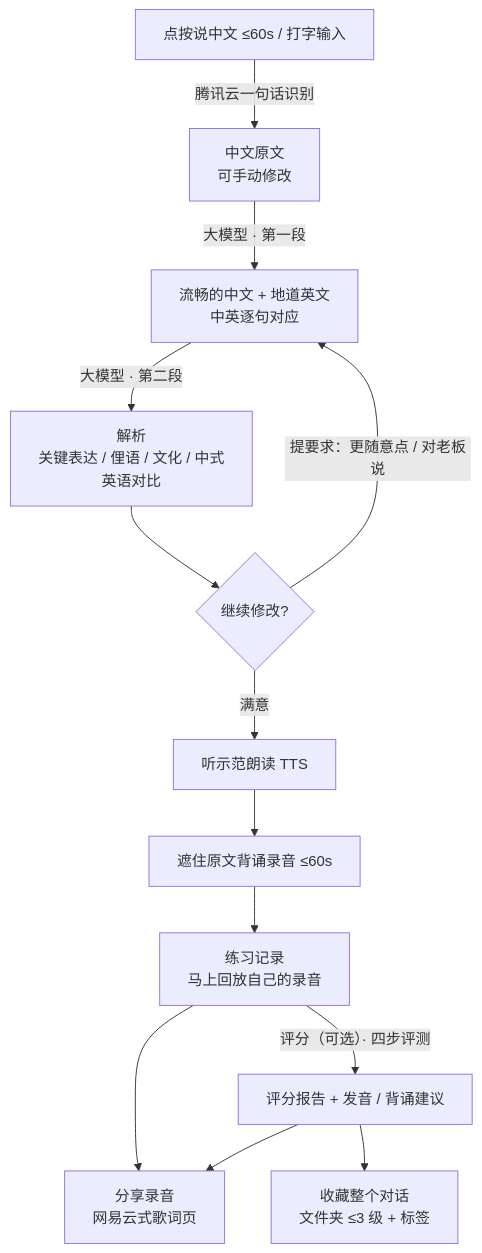
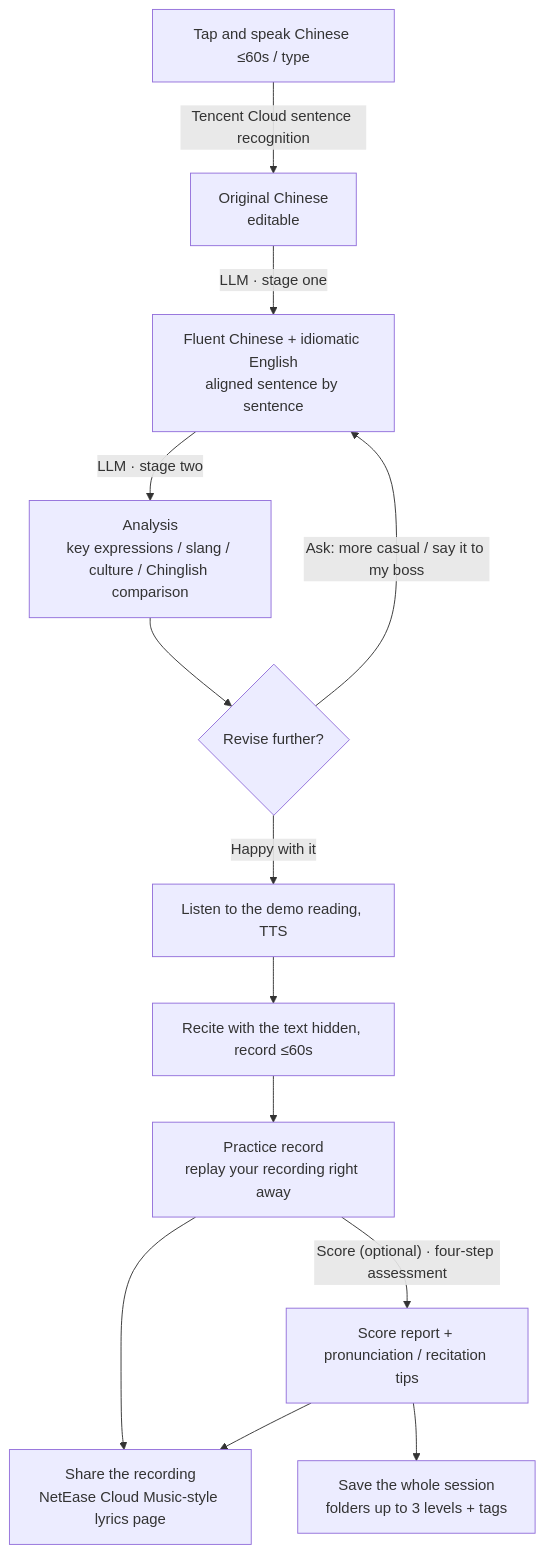
The first of 2 diagrams in README.md (frankie137/solvane), drawn with Mermaid before and after one commit. The commit also changed other lines of this file and 12 other files, not shown here.

Commit message:
docs(m7): English README, CLAUDE.md and review process; condense stage docs into CHANGELOG

````diff
--- a/README.md
+++ b/README.md
@@ -32,15 +35,15 @@
 ```mermaid
 flowchart TD
-    A[点按说中文 ≤60s / 打字输入] -->|腾讯云一句话识别| B[中文原文<br/>可手动修改]
-    B -->|大模型 · 第一段| C[流畅的中文 + 地道英文<br/>中英逐句对应]
-    C -->|大模型 · 第二段| D[解析<br/>关键表达 / 俚语 / 文化 / 中式英语对比]
-    D --> E{继续修改?}
-    E -->|"提要求：更随意点 / 对老板说"| C
-    E -->|满意| F[听示范朗读 TTS]
-    F --> G[遮住原文背诵录音 ≤60s]
-    G --> R[练习记录<br/>马上回放自己的录音]
-    R -->|"评分（可选）· 四步评测"| H[评分报告 + 发音 / 背诵建议]
-    R --> J[分享录音<br/>网易云式歌词页]
+    A[Tap and speak Chinese ≤60s / type] -->|Tencent Cloud sentence recognition| B[Original Chinese<br/>editable]
+    B -->|LLM · stage one| C[Fluent Chinese + idiomatic English<br/>aligned sentence by sentence]
+    C -->|LLM · stage two| D[Analysis<br/>key expressions / slang / culture / Chinglish comparison]
+    D --> E{Revise further?}
+    E -->|"Ask: more casual / say it to my boss"| C
+    E -->|Happy with it| F[Listen to the demo reading, TTS]
+    F --> G[Recite with the text hidden, record ≤60s]
+    G --> R[Practice record<br/>replay your recording right away]
+    R -->|"Score (optional) · four-step assessment"| H[Score report + pronunciation / recitation tips]
+    R --> J[Share the recording<br/>NetEase Cloud Music-style lyrics page]
     H --> J
-    H --> I[收藏整个对话<br/>文件夹 ≤3 级 + 标签]
+    H --> I[Save the whole session<br/>folders up to 3 levels + tags]
 ```
````
